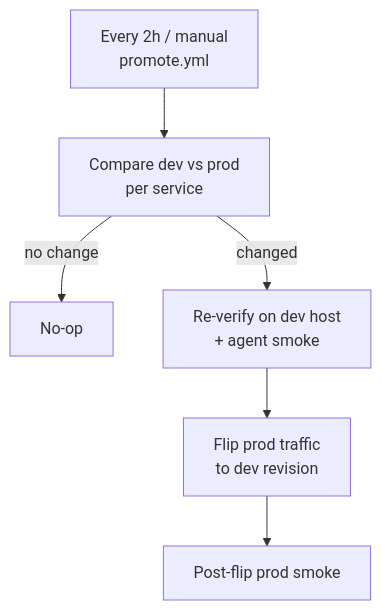
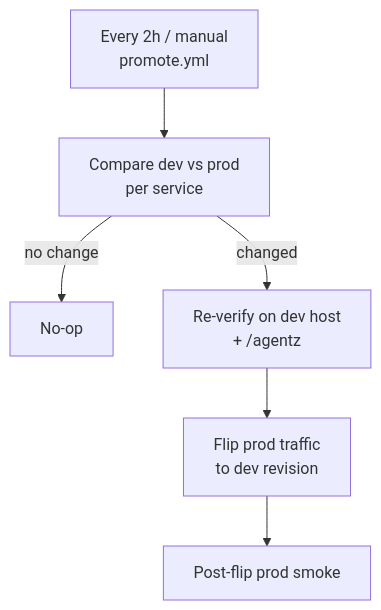
Before and after one commit to ALucek/chat-lucek: the second of 2 diagrams in docs/deployment.md, drawn with Mermaid. The commit also changed other lines of this file and 20 other files, not shown here.

First line of the commit message:
feat: agent dev/prod split via host routing and /agentz check (#227)

````diff
--- a/docs/deployment.md
+++ b/docs/deployment.md
@@ -30,8 +30,8 @@
 ```mermaid
 flowchart TB
     trigger["Every 2h / manual<br/>promote.yml"] --> plan["Compare dev vs prod<br/>per service"]
     plan -->|no change| noop["No-op"]
-    plan -->|changed| verify["Re-verify on dev host<br/>+ agent smoke"]
+    plan -->|changed| verify["Re-verify on dev host<br/>+ /agentz"]
     verify --> flip["Flip prod traffic<br/>to dev revision"]
     flip --> post["Post-flip prod smoke"]
 ```
````
